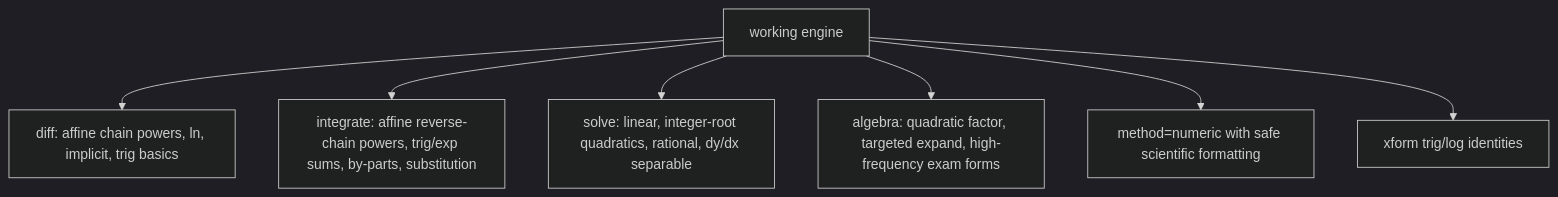
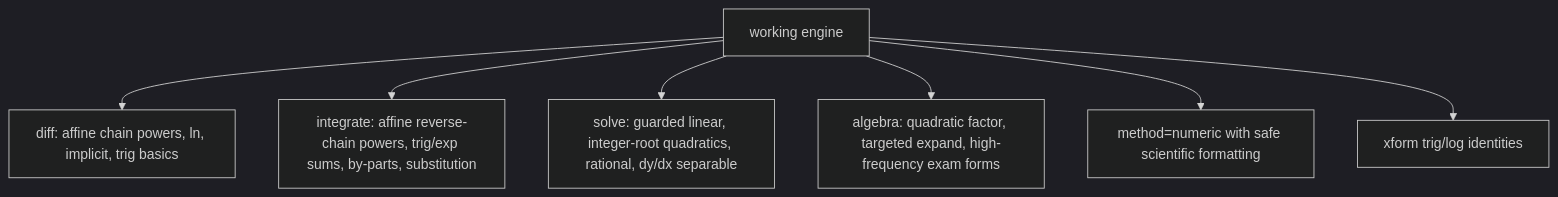
The third of 5 diagrams in docs/GRAPH.md (james8464/notes-addin-casio-fx-cg50), drawn with Mermaid (dark theme) before and after one commit. The commit also changed other lines of this file and 7 other files, not shown here.

````diff
--- a/docs/GRAPH.md
+++ b/docs/GRAPH.md
@@ -34,9 +34,9 @@
 ```mermaid
 graph TD
   Work["working engine"] --> Diff["diff: affine chain powers, ln, implicit, trig basics"]
   Work --> Int["integrate: affine reverse-chain powers, trig/exp sums, by-parts, substitution"]
-  Work --> Solve["solve: linear, integer-root quadratics, rational, dy/dx separable"]
+  Work --> Solve["solve: guarded linear, integer-root quadratics, rational, dy/dx separable"]
   Work --> Alg["algebra: quadratic factor, targeted expand, high-frequency exam forms"]
   Work --> Num["method=numeric with safe scientific formatting"]
   Work --> Xform["xform trig/log identities"]
 ```
````
